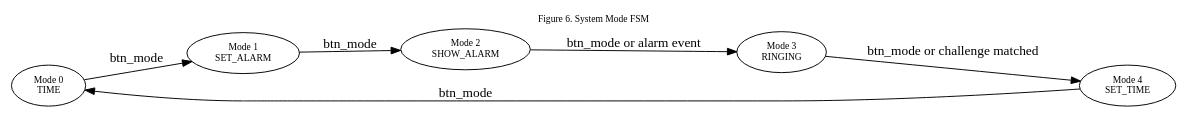
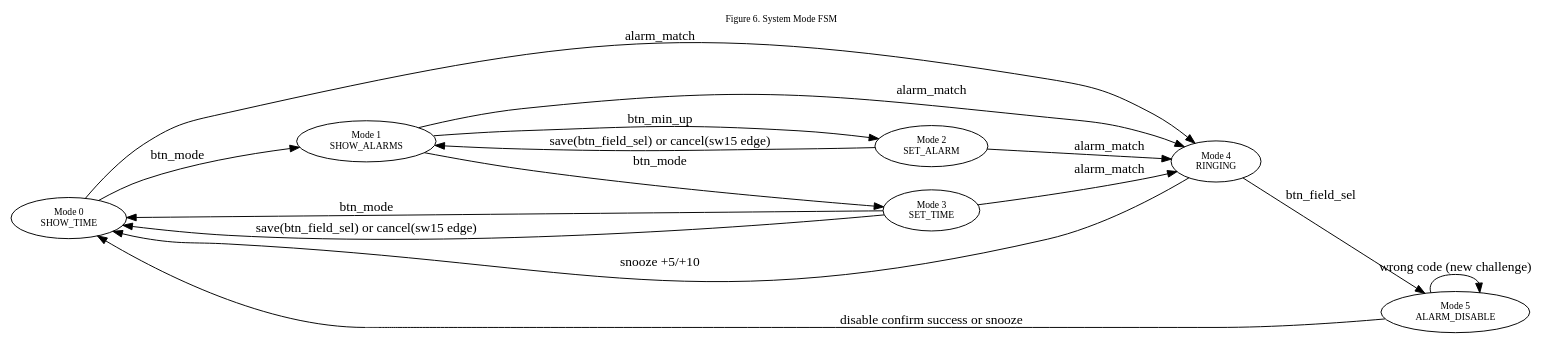
The sixth of 7 diagrams in REPORT.md (hh-hasib/dsd_project), drawn with Graphviz before and after one commit. The commit also changed other lines of this file and 83 other files, not shown here.

Commit message:
Impelemeted v2.0 with new modular architecture

````diff
--- a/REPORT.md
+++ b/REPORT.md
@@ -391,19 +396,33 @@
 ```dot
 digraph ModeFSM {
   rankdir=LR;
   graph [fontsize=10, labelloc=t, label="Figure 6. System Mode FSM"];
   node [shape=ellipse, fontsize=10];
 
-  TIME [label="Mode 0\nTIME"];
-  SET_ALARM [label="Mode 1\nSET_ALARM"];
-  SHOW_ALARM [label="Mode 2\nSHOW_ALARM"];
-  RINGING [label="Mode 3\nRINGING"];
-  SET_TIME [label="Mode 4\nSET_TIME"];
+  M0 [label="Mode 0\nSHOW_TIME"];
+  M1 [label="Mode 1\nSHOW_ALARMS"];
+  M2 [label="Mode 2\nSET_ALARM"];
+  M3 [label="Mode 3\nSET_TIME"];
+  M4 [label="Mode 4\nRINGING"];
+  M5 [label="Mode 5\nALARM_DISABLE"];
 
-  TIME -> SET_ALARM [label="btn_mode"];
-  SET_ALARM -> SHOW_ALARM [label="btn_mode"];
-  SHOW_ALARM -> RINGING [label="btn_mode or alarm event"];
-  RINGING -> SET_TIME [label="btn_mode or challenge matched"];
-  SET_TIME -> TIME [label="btn_mode"];
+  M0 -> M1 [label="btn_mode"];
+  M1 -> M3 [label="btn_mode"];
+  M3 -> M0 [label="btn_mode"];
+
+  M1 -> M2 [label="btn_min_up"];
+  M2 -> M1 [label="save(btn_field_sel) or cancel(sw15 edge)"];
+
+  M3 -> M0 [label="save(btn_field_sel) or cancel(sw15 edge)"];
+
+  M0 -> M4 [label="alarm_match"];
+  M1 -> M4 [label="alarm_match"];
+  M2 -> M4 [label="alarm_match"];
+  M3 -> M4 [label="alarm_match"];
+
+  M4 -> M0 [label="snooze +5/+10"];
+  M4 -> M5 [label="btn_field_sel"];
+  M5 -> M0 [label="disable confirm success or snooze"];
+  M5 -> M5 [label="wrong code (new challenge)"];
 }
 ```
````
